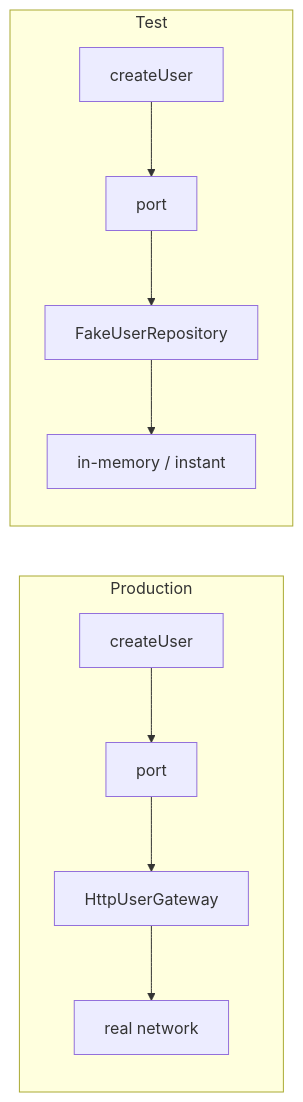
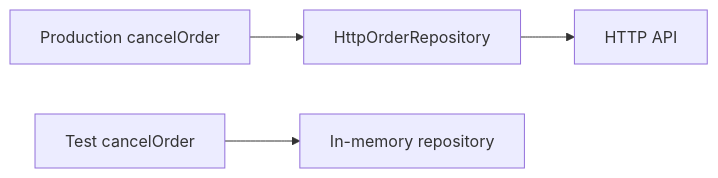
One commit to AndresTaoFlorez/software-architecture changed the diagram in clean-architecture/5-testing-in-clean.md. Above: the diagram before and after it, drawn with Mermaid. The commit also changed other lines of this file and 13 other files, not shown here.

````diff
--- a/clean-architecture/5-testing-in-clean.md
+++ b/clean-architecture/5-testing-in-clean.md
@@ -18,13 +11,5 @@
 ```mermaid
 flowchart LR
-    subgraph Production
-        PUC["createUser"] --> PPORT["port"]
-        PPORT --> HTTP["HttpUserGateway"]
-        HTTP --> NET["real network"]
-    end
-    subgraph Test
-        TUC["createUser"] --> TPORT["port"]
-        TPORT --> FAKE["FakeUserRepository"]
-        FAKE --> MEM["in-memory / instant"]
-    end
+    PUC["Production cancelOrder"] --> HTTP["HttpOrderRepository"] --> API["HTTP API"]
+    TUC["Test cancelOrder"] --> MEMORY["In-memory repository"]
 ```
````
